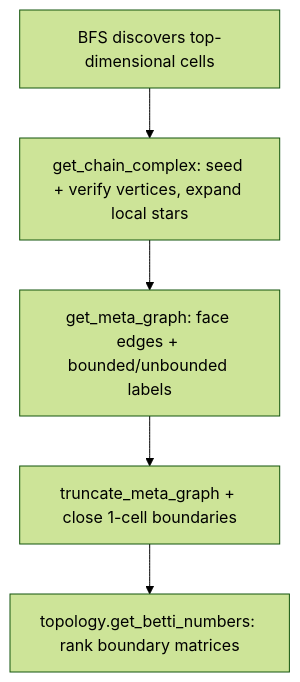
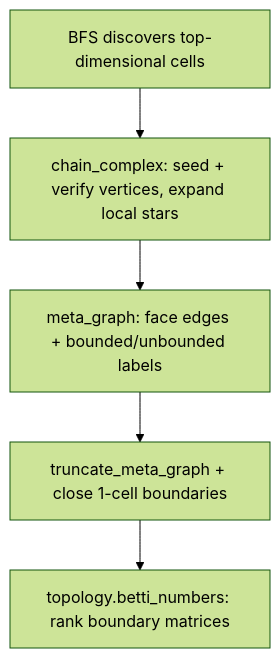
Before and after one commit to bl-ake/relucent: the diagram in docs/betti_computation.md, drawn with Mermaid (forest theme). The commit also changed other lines of this file and 54 other files, not shown here.

First line of the commit message:
Complex: noun names for computed results (drop get_); fix contract() in 3D+

````diff
--- a/docs/betti_computation.md
+++ b/docs/betti_computation.md
@@ -27,10 +27,10 @@
 ```mermaid
 flowchart TD
     search["BFS discovers top-dimensional cells"]
-    chain["get_chain_complex: seed + verify vertices, expand local stars"]
-    meta["get_meta_graph: face edges + bounded/unbounded labels"]
+    chain["chain_complex: seed + verify vertices, expand local stars"]
+    meta["meta_graph: face edges + bounded/unbounded labels"]
     trunc["truncate_meta_graph + close 1-cell boundaries"]
-    rank["topology.get_betti_numbers: rank boundary matrices"]
+    rank["topology.betti_numbers: rank boundary matrices"]
 
     search --> chain --> meta --> trunc --> rank
 ```
````
